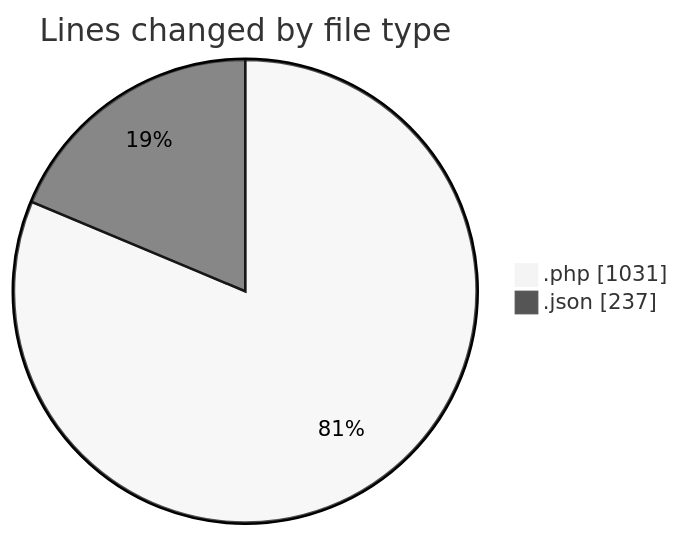
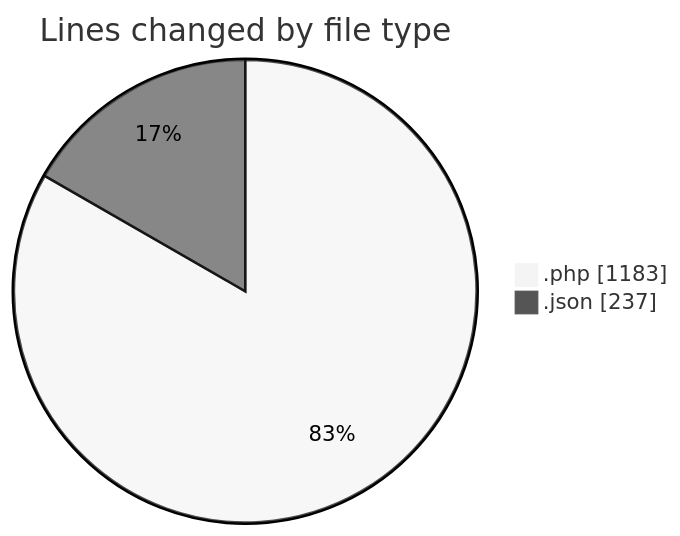
One commit to idhammustaqopulfikri/code-tracking changed the first of 2 diagrams in 2025-06-16/studio-backend/README.md. Above: the diagram before and after it, drawn with Mermaid (neutral theme). The commit also changed other lines of this file and 1 other file, not shown here.

````diff
--- a/2025-06-16/studio-backend/README.md
+++ b/2025-06-16/studio-backend/README.md
@@ -24,6 +26,6 @@
 ```mermaid
 pie showData
 title Lines changed by file type
-".php" : 1031
+".php" : 1183
 ".json" : 237
 ```
````
